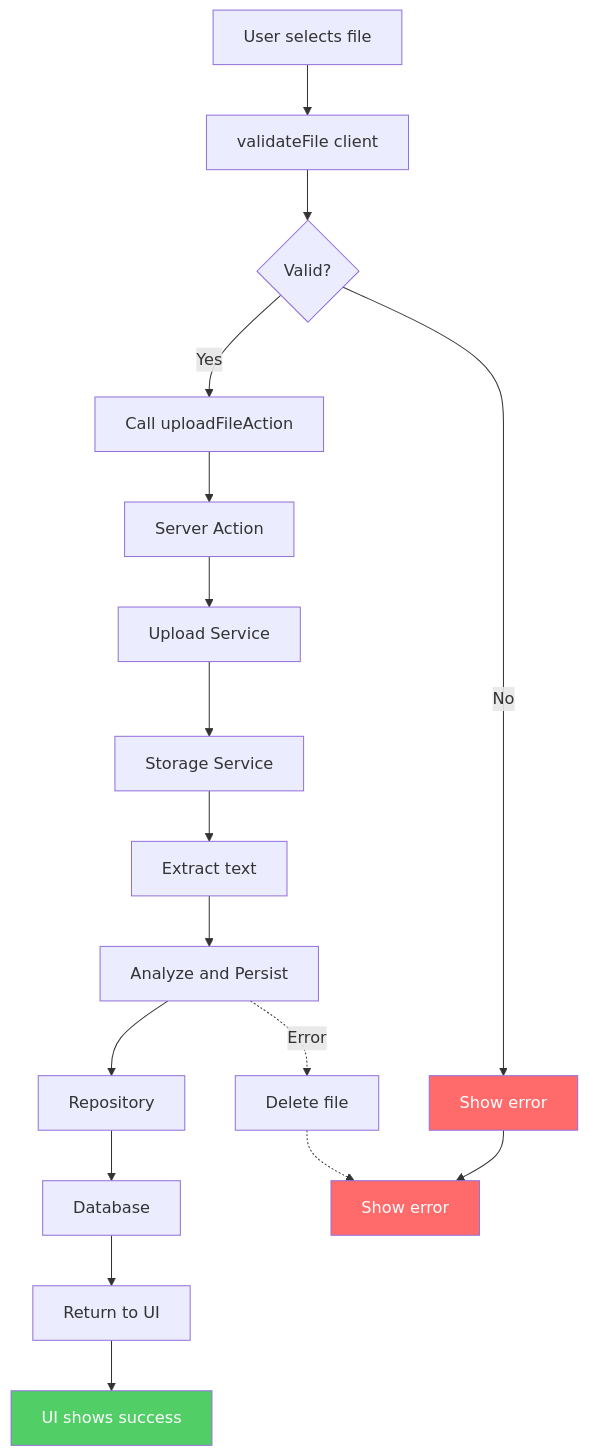
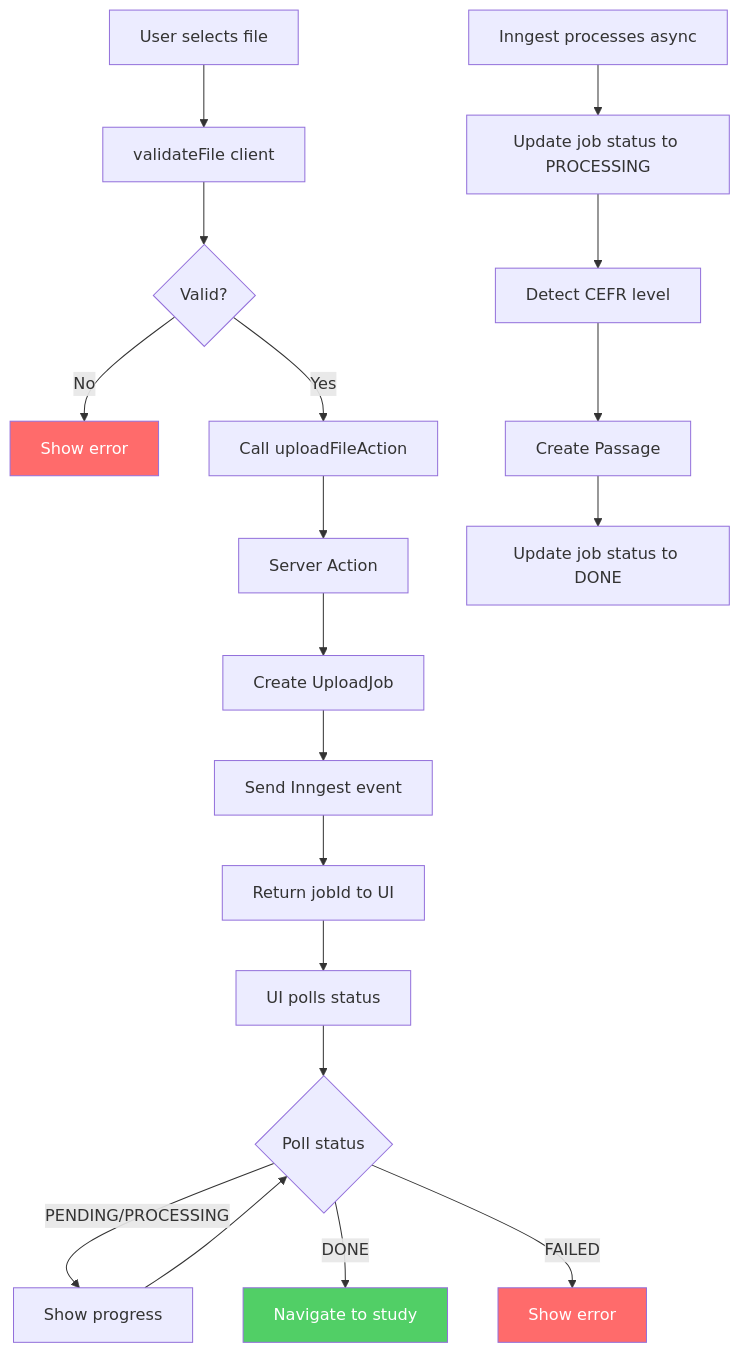
The first of 4 diagrams in docs/Data-flow/upload-flow.md (BoneTheDeveloper/ReadingPro), drawn with Mermaid before and after one commit. The commit also changed other lines of this file and 15 other files, not shown here.

````diff
--- a/docs/Data-flow/upload-flow.md
+++ b/docs/Data-flow/upload-flow.md
@@ -13,22 +13,27 @@
 ```mermaid
 flowchart TD
     A[User selects file] --> B[validateFile client]
     B --> C{Valid?}
     C -->|No| D[Show error]
     C -->|Yes| E[Call uploadFileAction]
     E --> F[Server Action]
-    F --> G[Upload Service]
-    G --> H[Storage Service]
-    H --> I[Extract text]
-    I --> J[Analyze and Persist]
-    J --> K[Repository]
-    K --> L[Database]
-    L --> M[Return to UI]
-    M --> N[UI shows success]
-    J -.->|Error| O[Delete file]
-    O -.-> P[Show error]
-    D --> P
+    F --> G[Create UploadJob]
+    G --> H[Send Inngest event]
+    H --> I[Return jobId to UI]
+    I --> J[UI polls status]
+    
+    K[Inngest processes async] --> L[Update job status to PROCESSING]
+    L --> M[Detect CEFR level]
+    M --> N[Create Passage]
+    N --> O[Update job status to DONE]
+    
+    J --> P{Poll status}
+    P -->|PENDING/PROCESSING| Q[Show progress]
+    P -->|DONE| R[Navigate to study]
+    P -->|FAILED| S[Show error]
+    
+    Q --> P
     style D fill:#ff6b6b,color:#fff
-    style P fill:#ff6b6b,color:#fff
-    style N fill:#51cf66,color:#fff
+    style S fill:#ff6b6b,color:#fff
+    style R fill:#51cf66,color:#fff
 ```
````
